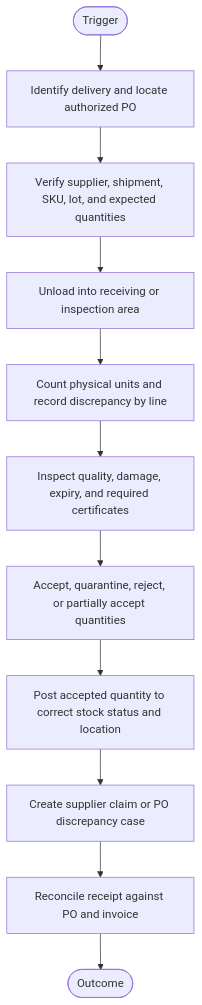
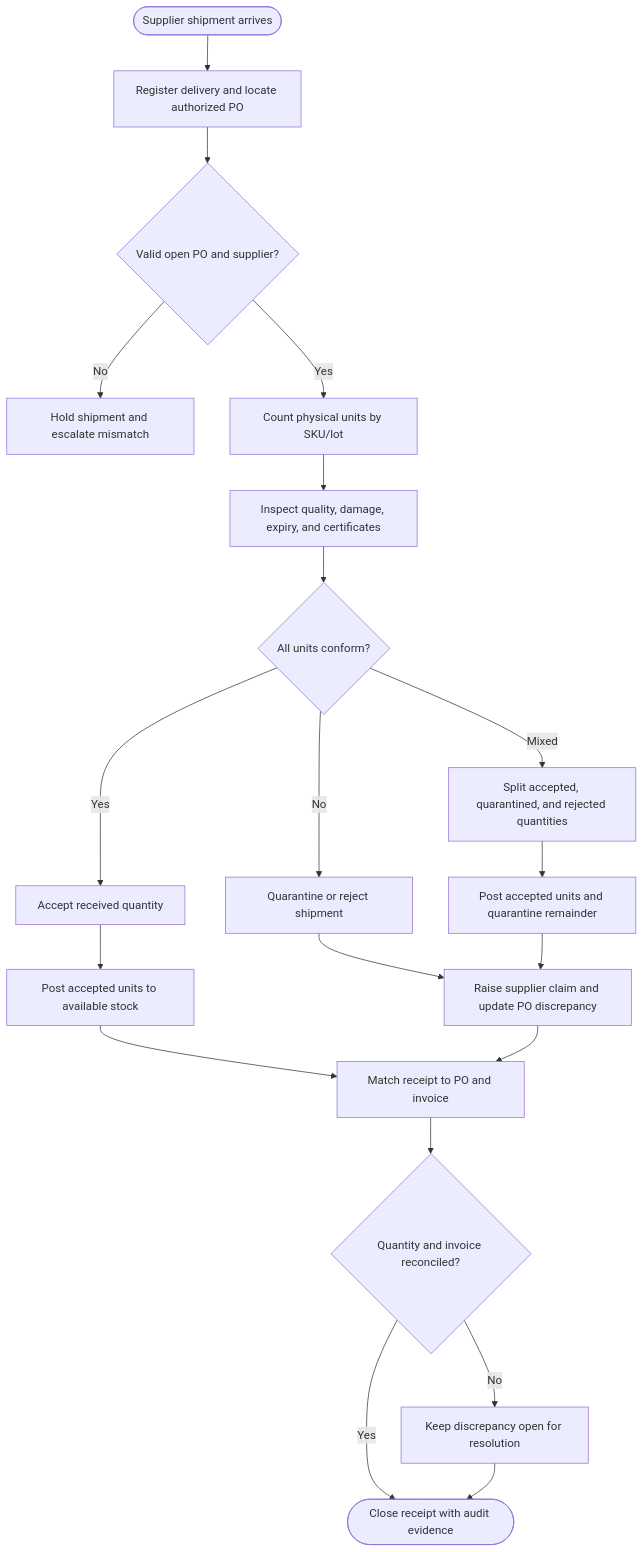
The first of 3 diagrams in 04-supply-chain-and-inventory/warehouse-goods-receipt.md (reviveproject4-source/visual-business-flows), drawn with Mermaid before and after one commit. The commit also changed other lines of this file and 14 other files, not shown here.

First line of the commit message:
Align workflow diagrams with business rules and exceptions

````diff
--- a/04-supply-chain-and-inventory/warehouse-goods-receipt.md
+++ b/04-supply-chain-and-inventory/warehouse-goods-receipt.md
@@ -56,22 +56,22 @@
 ```mermaid
 flowchart TD
-    Start([Trigger]) --> S1
-    S1[Identify delivery and locate authorized PO]
-    S2[Verify supplier, shipment, SKU, lot, and expected quantities]
-    S3[Unload into receiving or inspection area]
-    S4[Count physical units and record discrepancy by line]
-    S5[Inspect quality, damage, expiry, and required certificates]
-    S6[Accept, quarantine, reject, or partially accept quantities]
-    S7[Post accepted quantity to correct stock status and location]
-    S8[Create supplier claim or PO discrepancy case]
-    S9[Reconcile receipt against PO and invoice]
-    S1 --> S2
-    S2 --> S3
-    S3 --> S4
-    S4 --> S5
-    S5 --> S6
-    S6 --> S7
-    S7 --> S8
-    S8 --> S9
-    S9 --> End([Outcome])
+    A([Supplier shipment arrives]) --> B[Register delivery and locate authorized PO]
+    B --> C{Valid open PO and supplier?}
+    C -->|No| X[Hold shipment and escalate mismatch]
+    C -->|Yes| D[Count physical units by SKU/lot]
+    D --> E[Inspect quality, damage, expiry, and certificates]
+    E --> F{All units conform?}
+    F -->|Yes| G[Accept received quantity]
+    F -->|Mixed| H[Split accepted, quarantined, and rejected quantities]
+    F -->|No| I[Quarantine or reject shipment]
+    G --> J[Post accepted units to available stock]
+    H --> K[Post accepted units and quarantine remainder]
+    I --> L[Raise supplier claim and update PO discrepancy]
+    K --> L
+    J --> M[Match receipt to PO and invoice]
+    L --> M
+    M --> N{Quantity and invoice reconciled?}
+    N -->|No| O[Keep discrepancy open for resolution]
+    N -->|Yes| P([Close receipt with audit evidence])
+    O --> P
 ```
````
